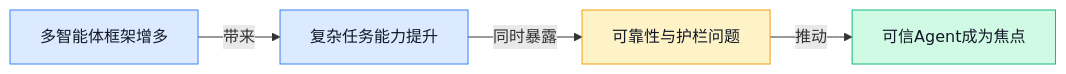
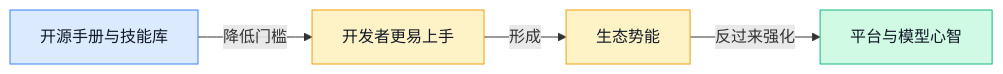
Before and after one commit to ylzsdafei/ai-daily-site: the fifth of 8 diagrams in content/cn/blog/weekly/2026-W16.md, drawn with Mermaid. The commit also changed other lines of this file and 6 other files, not shown here.

````diff
--- a/content/cn/blog/weekly/2026-W16.md
+++ b/content/cn/blog/weekly/2026-W16.md
@@ -144,10 +156,12 @@
 ```mermaid
 graph LR
-A[多智能体框架增多] -->|带来| B[复杂任务能力提升] -->|同时暴露| C[可靠性与护栏问题] -->|推动| D[可信Agent成为焦点]
+A[开源手册与技能库] -->|降低门槛| B[开发者更易上手]
+B -->|形成| C[生态势能]
+C -->|反过来强化| D[平台与模型心智]
 classDef blue fill:#dbeafe,stroke:#3b82f6,color:#111827
 classDef yellow fill:#fef3c7,stroke:#f59e0b,color:#111827
 classDef green fill:#d1fae5,stroke:#10b981,color:#111827
-class A,B blue
-class C yellow
+class A blue
+class B,C yellow
 class D green
 ```
````
